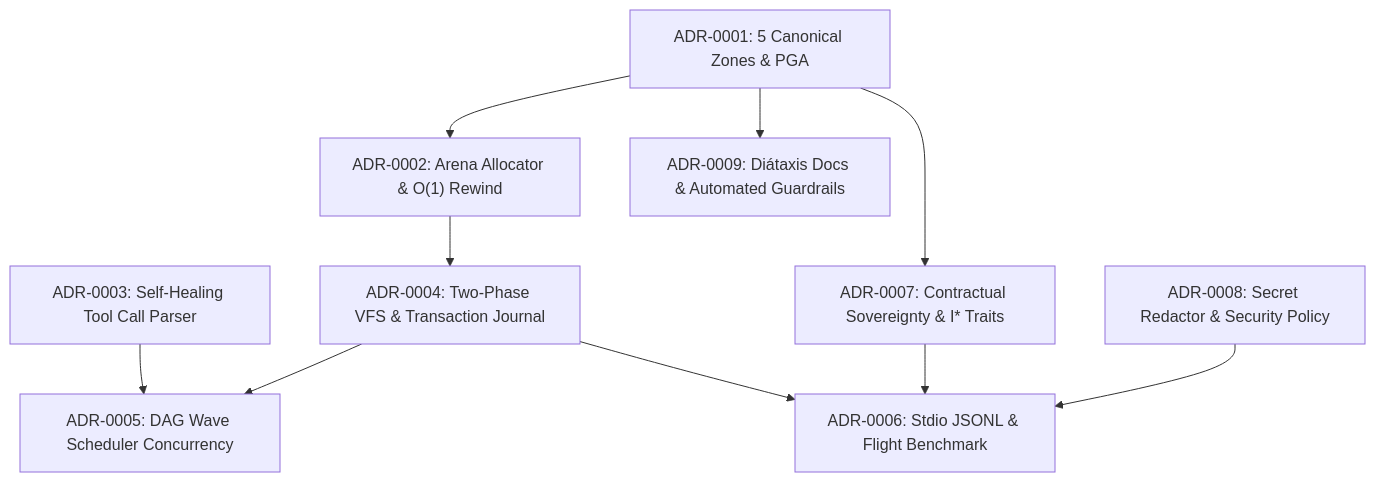
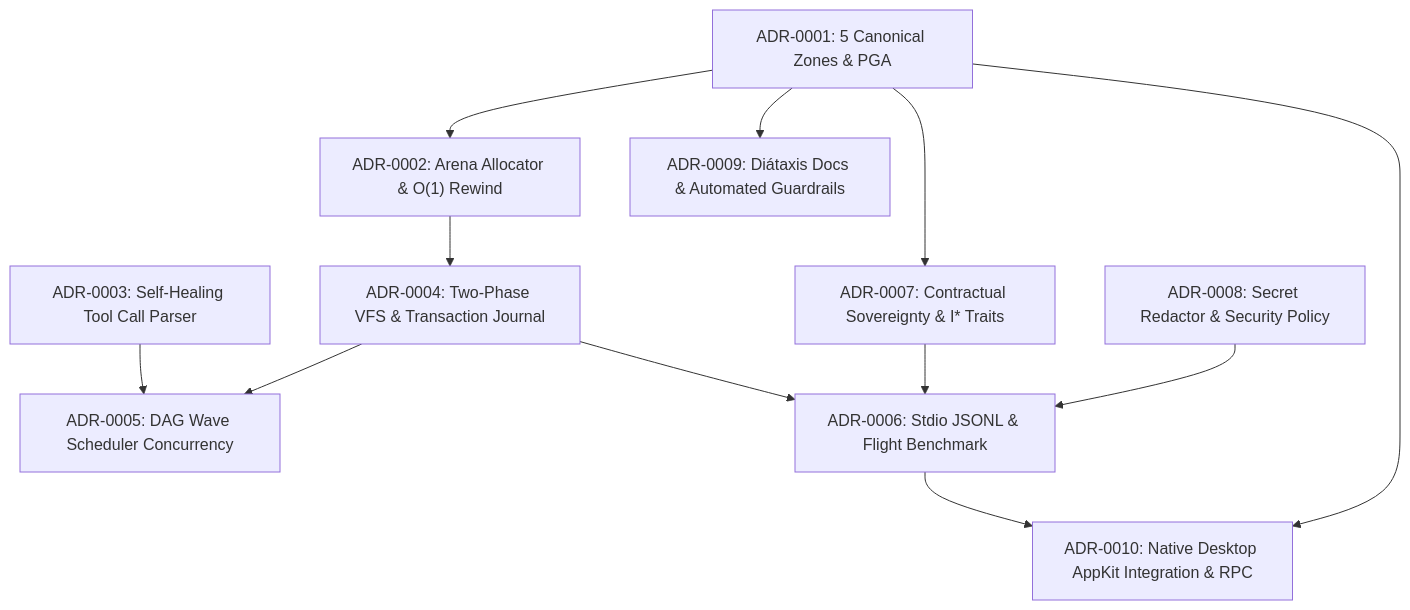
One commit to CardSorting/HEAV3NS-MICRO changed the diagram in docs/adr/README.md. Above: the diagram before and after it, drawn with Mermaid. The commit also changed other lines of this file and 10 other files, not shown here.

First line of the commit message:
docs: comprehensively update documentation across Rust substrate and native AppKit IDE

````diff
--- a/docs/adr/README.md
+++ b/docs/adr/README.md
@@ -22,22 +22,25 @@
 ```mermaid
 flowchart TD
   ADR1["ADR-0001: 5 Canonical Zones & PGA"]
   ADR2["ADR-0002: Arena Allocator & O(1) Rewind"]
   ADR3["ADR-0003: Self-Healing Tool Call Parser"]
   ADR4["ADR-0004: Two-Phase VFS & Transaction Journal"]
   ADR5["ADR-0005: DAG Wave Scheduler Concurrency"]
   ADR6["ADR-0006: Stdio JSONL & Flight Benchmark"]
   ADR7["ADR-0007: Contractual Sovereignty & I* Traits"]
   ADR8["ADR-0008: Secret Redactor & Security Policy"]
   ADR9["ADR-0009: Diátaxis Docs & Automated Guardrails"]
+  ADR10["ADR-0010: Native Desktop AppKit Integration & RPC"]
 
   ADR1 --> ADR7
   ADR1 --> ADR2
   ADR2 --> ADR4
   ADR3 --> ADR5
   ADR4 --> ADR5
   ADR4 --> ADR6
   ADR7 --> ADR6
   ADR8 --> ADR6
   ADR1 --> ADR9
+  ADR6 --> ADR10
+  ADR1 --> ADR10
 ```
````
